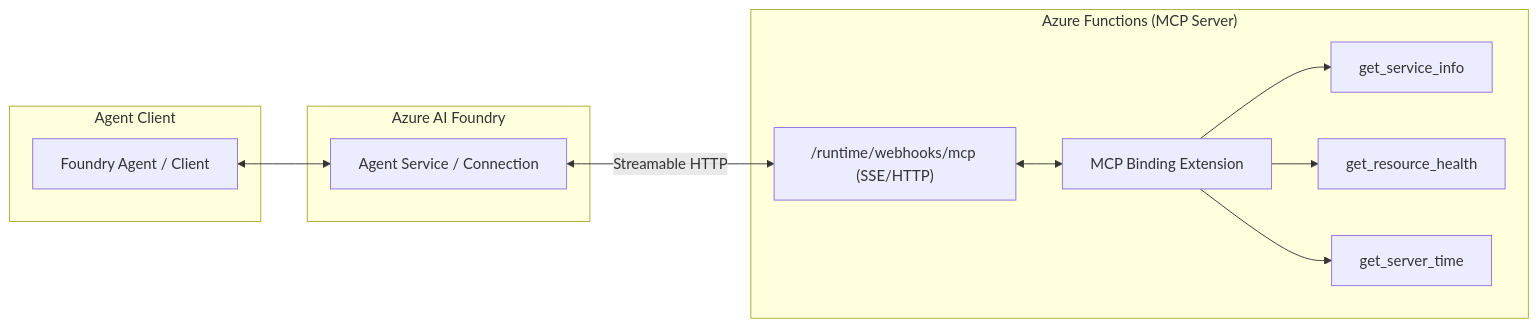
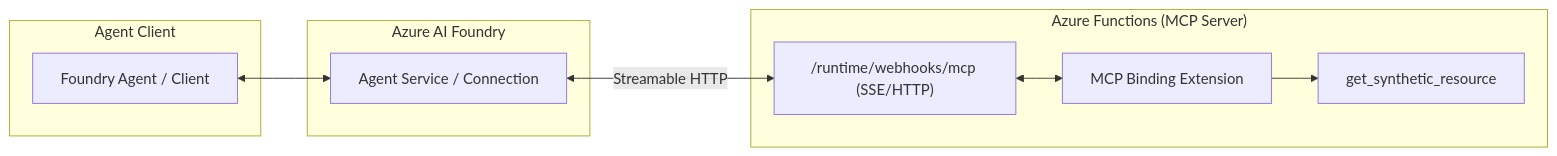
Before and after one commit to wildersa/azure_ref_kit: the diagram in building-blocks/mcp/azure-functions-mcp-endpoint/README.md, drawn with Mermaid. The commit also changed other lines of this file and 3 other files, not shown here.

````diff
--- a/building-blocks/mcp/azure-functions-mcp-endpoint/README.md
+++ b/building-blocks/mcp/azure-functions-mcp-endpoint/README.md
@@ -21,25 +21,21 @@
 ```mermaid
 flowchart LR
     subgraph "Agent Client"
         Agent[Foundry Agent / Client]
     end
 
     subgraph "Azure AI Foundry"
         Foundry[Agent Service / Connection]
     end
 
     subgraph "Azure Functions (MCP Server)"
         Endpoint["/runtime/webhooks/mcp (SSE/HTTP)"]
         Extension[MCP Binding Extension]
-        Tool1[get_service_info]
-        Tool2[get_resource_health]
-        Tool3[get_server_time]
+        Tool1[get_synthetic_resource]
     end
 
     Agent <--> Foundry
     Foundry <-->|Streamable HTTP| Endpoint
     Endpoint <--> Extension
     Extension --> Tool1
-    Extension --> Tool2
-    Extension --> Tool3
 ```
````
